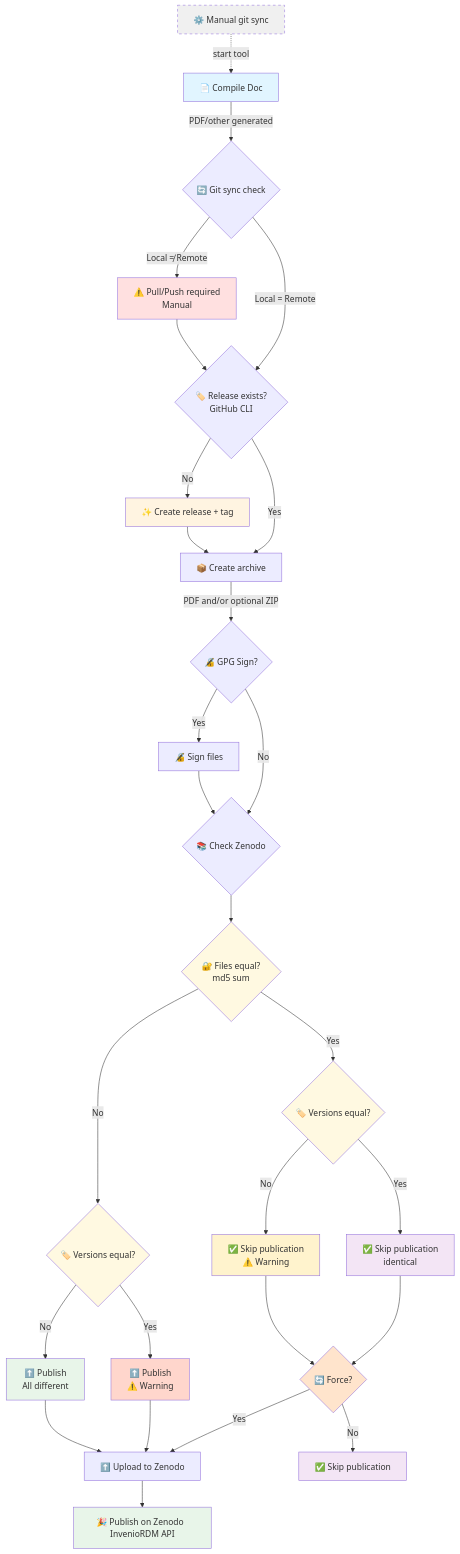
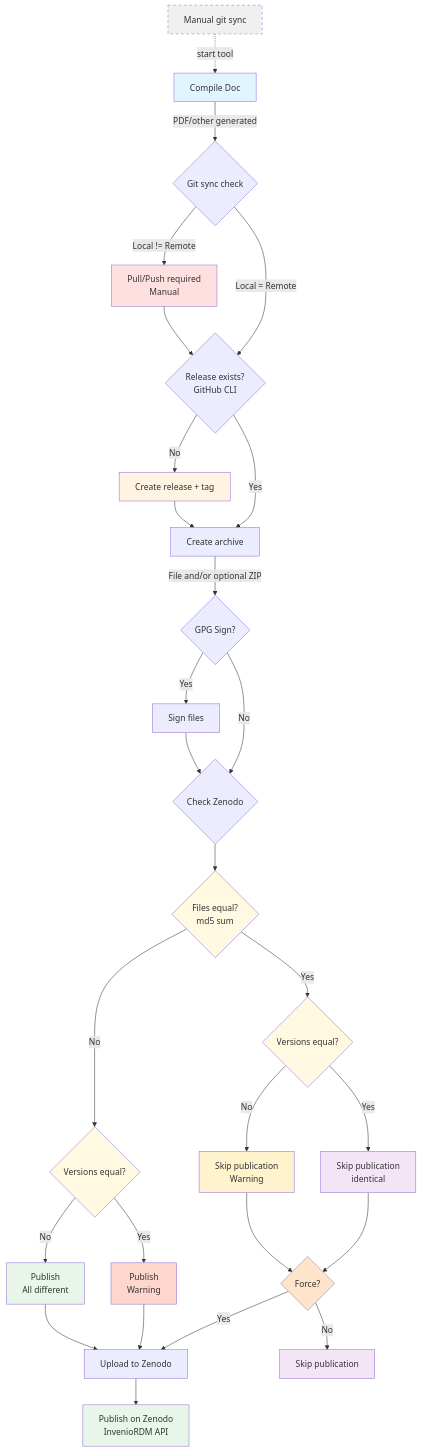
Before and after one commit to weberBen/zenodo-publisher: the diagram in README.md, drawn with Mermaid. The commit also changed other lines of this file, not shown here.

````diff
--- a/README.md
+++ b/README.md
@@ -20,44 +20,44 @@
 ```mermaid
 graph TD
-    Z[⚙️ Manual git sync] -.->|start tool| A
-    A[📄 Compile Doc] -->|PDF/other generated| B{🔄 Git sync check}
-    B -->|Local ≠ Remote| C[⚠️ Pull/Push required <br/> Manual]
-    B -->|Local = Remote| D{🏷️ Release exists? <br/> GitHub CLI}
+    Z[Manual git sync] -.->|start tool| A
+    A[Compile Doc] -->|PDF/other generated| B{Git sync check}
+    B -->|Local != Remote| C[Pull/Push required <br/> Manual]
+    B -->|Local = Remote| D{Release exists? <br/> GitHub CLI}
     C --> D
-    D -->|No| E[✨ Create release + tag]
-    D -->|Yes| F[📦 Create archive]
+    D -->|No| E[Create release + tag]
+    D -->|Yes| F[Create archive]
     E --> F
-    F -->|PDF and/or optional ZIP| F2{🔏 GPG Sign?}
-    F2 -->|Yes| F3[🔏 Sign files]
-    F2 -->|No| G{📚 Check Zenodo}
-    F3 --> G{📚 Check Zenodo}
-    G --> H{🔐 Files equal? <br/> md5 sum}
-    H -->|Yes| I{🏷️ Versions equal?}
-    H -->|No| J{🏷️ Versions equal?}
-    I -->|Yes| K[✅ Skip publication <br/> identical]
-    I -->|No| L[✅ Skip publication <br/>⚠️ Warning]
-    J -->|Yes| M[⬆️ Publish <br/>⚠️ Warning]
-    J -->|No| N[⬆️ Publish <br/> All different]
-    K --> O{🔄 Force?}
+    F -->|File and/or optional ZIP| F2{GPG Sign?}
+    F2 -->|Yes| F3[Sign files]
+    F2 -->|No| G{Check Zenodo}
+    F3 --> G{Check Zenodo}
+    G --> H{Files equal? <br/> md5 sum}
+    H -->|Yes| I{Versions equal?}
+    H -->|No| J{Versions equal?}
+    I -->|Yes| K[Skip publication <br/> identical]
+    I -->|No| L[Skip publication <br/> Warning]
+    J -->|Yes| M[Publish <br/> Warning]
+    J -->|No| N[Publish <br/> All different]
+    K --> O{Force?}
     L --> O
-    O -->|Yes| P[⬆️ Upload to Zenodo]
-    O -->|No| Q[✅ Skip publication]
+    O -->|Yes| P[Upload to Zenodo]
+    O -->|No| Q[Skip publication]
     M --> P
     N --> P
-    P --> R[🎉 Publish on Zenodo <br\> InvenioRDM API]
-    
+    P --> R[Publish on Zenodo <br/> InvenioRDM API]
+
     style Z fill:#f0f0f0,stroke-dasharray: 5 5
     style A fill:#e1f5ff
     style E fill:#fff4e1
     style R fill:#e8f5e9
     style Q fill:#f3e5f5
     style K fill:#f3e5f5
     style L fill:#fff3cd
     style C fill:#ffe0e0
     style H fill:#fff9e1
     style I fill:#fff9e1
     style J fill:#fff9e1
     style M fill:#ffd6cc
     style N fill:#e8f5e9
     style O fill:#ffe4cc
 ```
````
